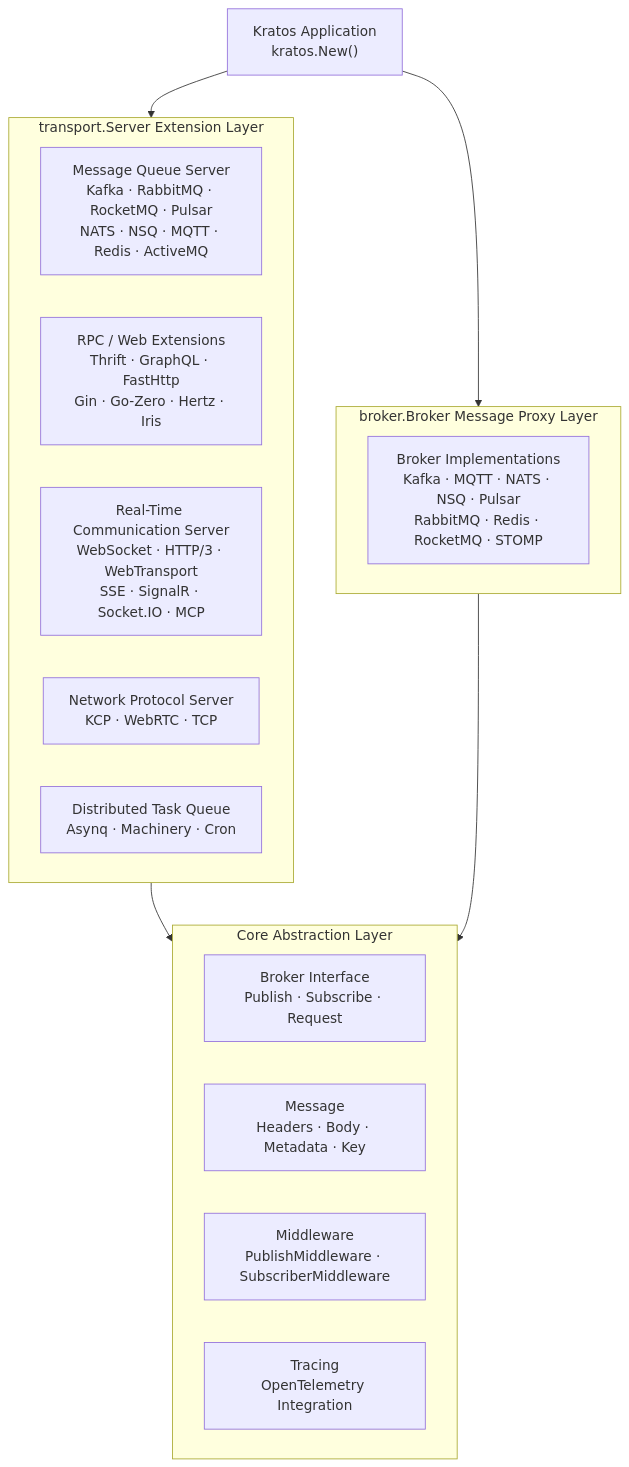
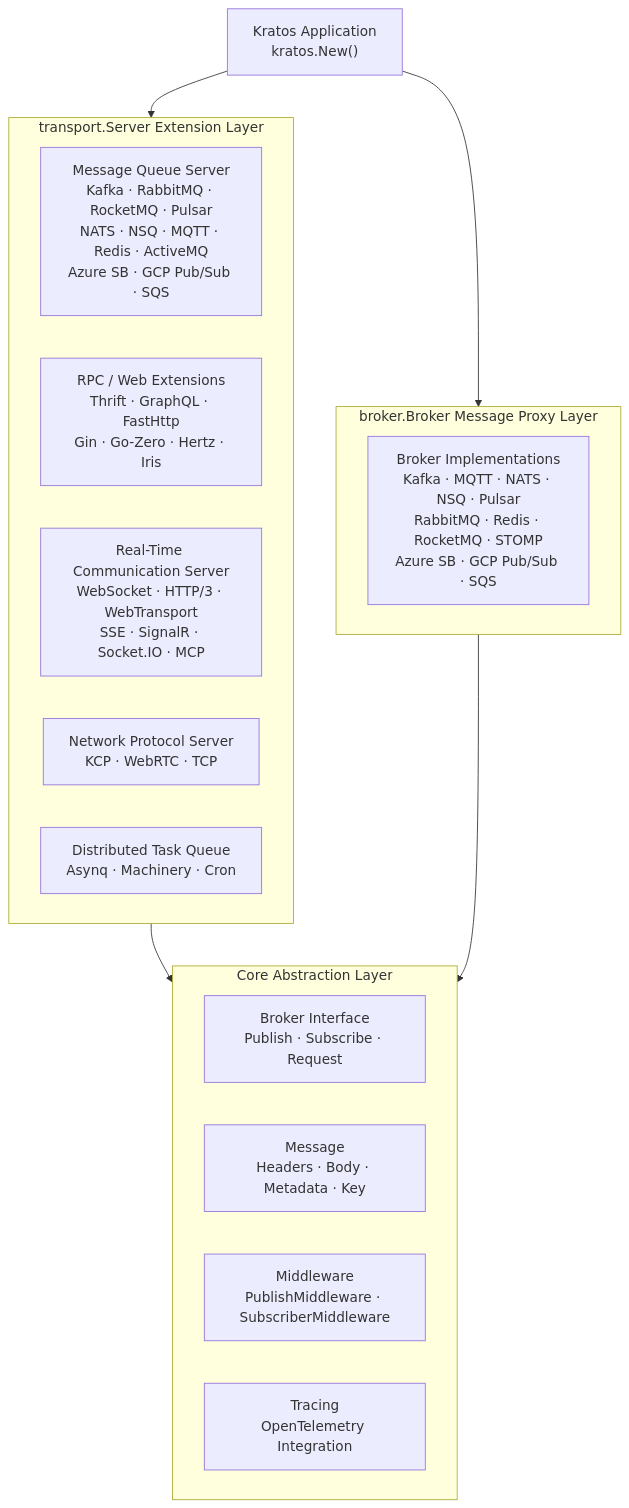
The diagram in README_en.md (exuan/kratos-transport), drawn with Mermaid before and after one commit. The commit also changed other lines of this file and 2 other files, not shown here.

````diff
--- a/README_en.md
+++ b/README_en.md
@@ -40,25 +41,25 @@
 ```mermaid
 graph TB
     App["Kratos Application<br/>kratos.New()"]
     subgraph Transport["transport.Server Extension Layer"]
-        MQ["Message Queue Server<br/>Kafka · RabbitMQ · RocketMQ · Pulsar<br/>NATS · NSQ · MQTT · Redis · ActiveMQ"]
+        MQ["Message Queue Server<br/>Kafka · RabbitMQ · RocketMQ · Pulsar<br/>NATS · NSQ · MQTT · Redis · ActiveMQ<br/>Azure SB · GCP Pub/Sub · SQS"]
         RPC["RPC / Web Extensions<br/>Thrift · GraphQL · FastHttp<br/>Gin · Go-Zero · Hertz · Iris"]
         RT["Real-Time Communication Server<br/>WebSocket · HTTP/3 · WebTransport<br/>SSE · SignalR · Socket.IO · MCP"]
         NET["Network Protocol Server<br/>KCP · WebRTC · TCP"]
         TASK["Distributed Task Queue<br/>Asynq · Machinery · Cron"]
     end
     subgraph Broker["broker.Broker Message Proxy Layer"]
-        BK["Broker Implementations<br/>Kafka · MQTT · NATS · NSQ · Pulsar<br/>RabbitMQ · Redis · RocketMQ · STOMP"]
+        BK["Broker Implementations<br/>Kafka · MQTT · NATS · NSQ · Pulsar<br/>RabbitMQ · Redis · RocketMQ · STOMP<br/>Azure SB · GCP Pub/Sub · SQS"]
     end
     subgraph Core["Core Abstraction Layer"]
         BI["Broker Interface<br/>Publish · Subscribe · Request"]
         MSG["Message<br/>Headers · Body · Metadata · Key"]
         MID["Middleware<br/>PublishMiddleware · SubscriberMiddleware"]
         TRACE["Tracing<br/>OpenTelemetry Integration"]
     end
 
     App --> Transport
     App --> Broker
     Transport --> Core
     Broker --> Core
 ```
````
